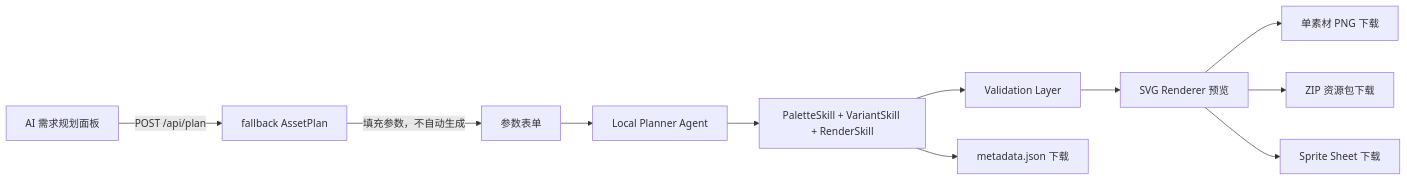
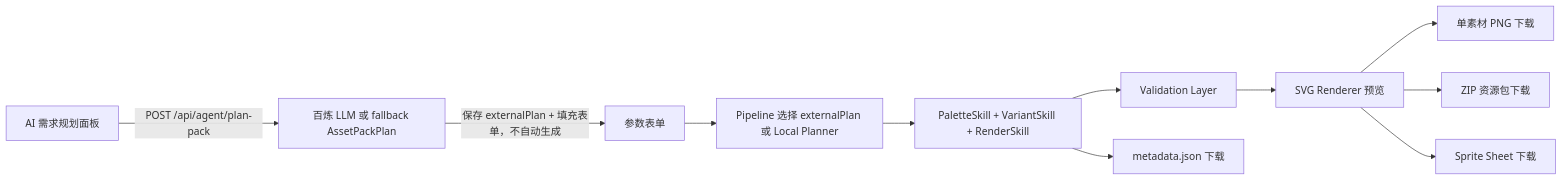
The first of 3 diagrams in docs/ARCHITECTURE.md (px-ego/game-asset-forge), drawn with Mermaid before and after one commit. The commit also changed other lines of this file and 25 other files, not shown here.

````diff
--- a/docs/ARCHITECTURE.md
+++ b/docs/ARCHITECTURE.md
@@ -19,13 +19,13 @@
 ```mermaid
 flowchart LR
-  P["AI 需求规划面板"] -->|"POST /api/plan"| H["fallback AssetPlan"]
-  H -->|"填充参数，不自动生成"| A["参数表单"]
-  A --> B["Local Planner Agent"]
+  P["AI 需求规划面板"] -->|"POST /api/agent/plan-pack"| H["百炼 LLM 或 fallback AssetPackPlan"]
+  H -->|"保存 externalPlan + 填充表单，不自动生成"| A["参数表单"]
+  A --> B["Pipeline 选择 externalPlan 或 Local Planner"]
   B --> S["PaletteSkill + VariantSkill + RenderSkill"]
   S --> V["Validation Layer"]
   V --> C["SVG Renderer 预览"]
   C --> D["单素材 PNG 下载"]
   S --> E["metadata.json 下载"]
   C --> F["ZIP 资源包下载"]
   C --> G["Sprite Sheet 下载"]
 ```
````
